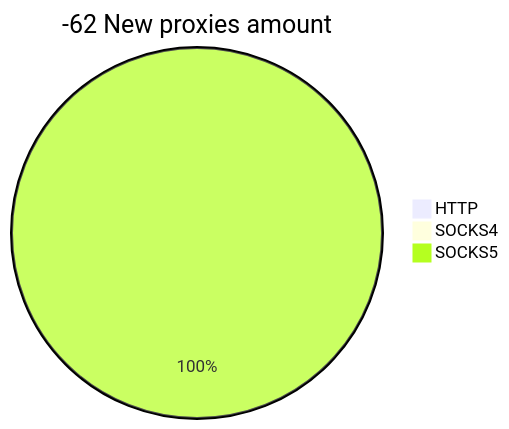
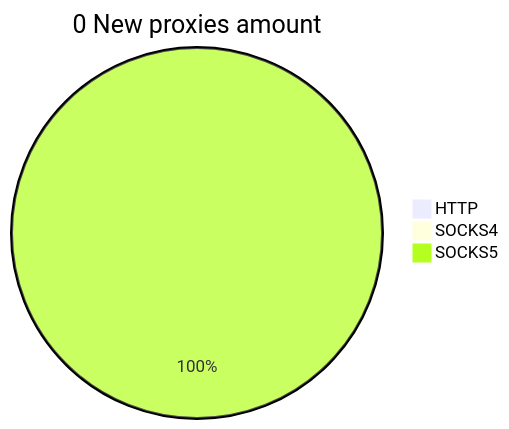
One commit to cutipu/proxylist changed the second of 2 diagrams in README.md. Above: the diagram before and after it, drawn with Mermaid. The commit also changed other lines of this file, not shown here.

````diff
--- a/README.md
+++ b/README.md
@@ -10,6 +10,6 @@
 ```mermaid
-pie title -62 New proxies amount
+pie title 0 New proxies amount
     "HTTP" : 0
     "SOCKS4" : 0
-    "SOCKS5" : 3
+    "SOCKS5" : 28
 ```
````
